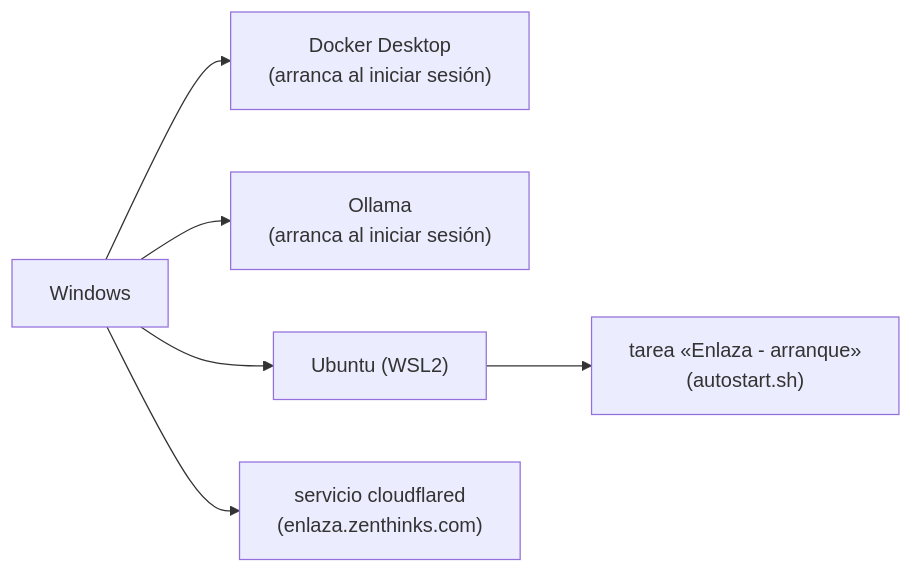
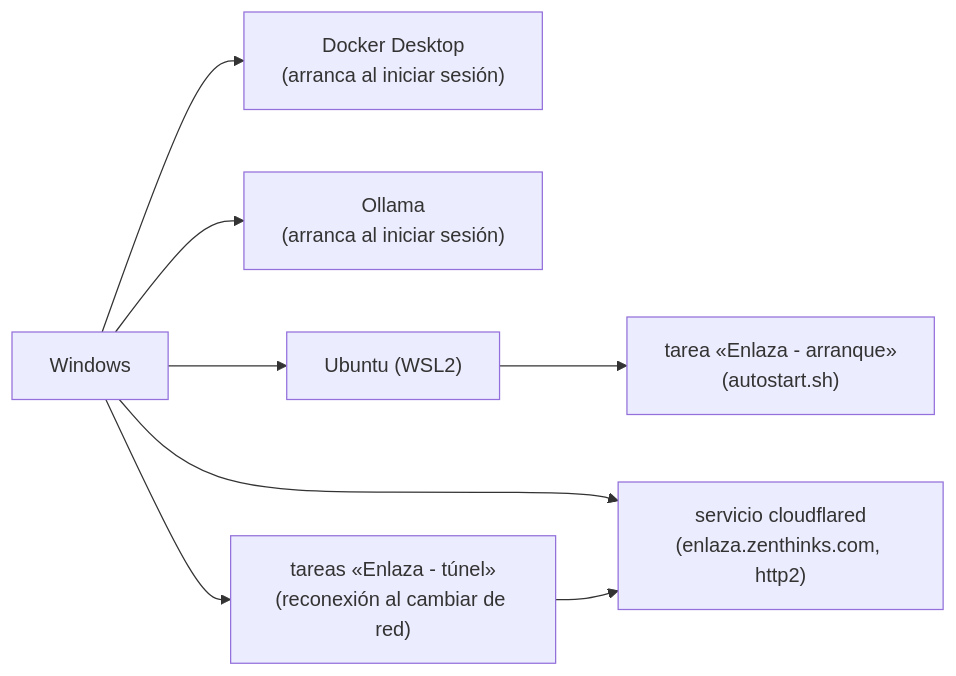
One commit to daviddzd/vela changed the diagram in docs/biblia/parte5/24_preparar_laptop.md. Above: the diagram before and after it, drawn with Mermaid. The commit also changed other lines of this file and 10 other files, not shown here.

````diff
--- a/docs/biblia/parte5/24_preparar_laptop.md
+++ b/docs/biblia/parte5/24_preparar_laptop.md
@@ -45,8 +46,10 @@
 ```mermaid
 flowchart LR
   W["Windows"] --> D["Docker Desktop<br/>(arranca al iniciar sesión)"]
   W --> O["Ollama<br/>(arranca al iniciar sesión)"]
   W --> U["Ubuntu (WSL2)"]
   U --> C["tarea «Enlaza - arranque»<br/>(autostart.sh)"]
-  W --> T["servicio cloudflared<br/>(enlaza.zenthinks.com)"]
+  W --> T["servicio cloudflared<br/>(enlaza.zenthinks.com, http2)"]
+  W --> R["tareas «Enlaza - túnel»<br/>(reconexión al cambiar de red)"]
+  R --> T
 ```
````
